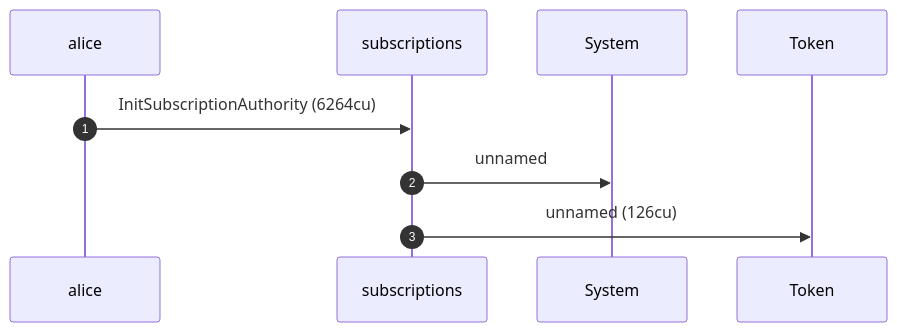
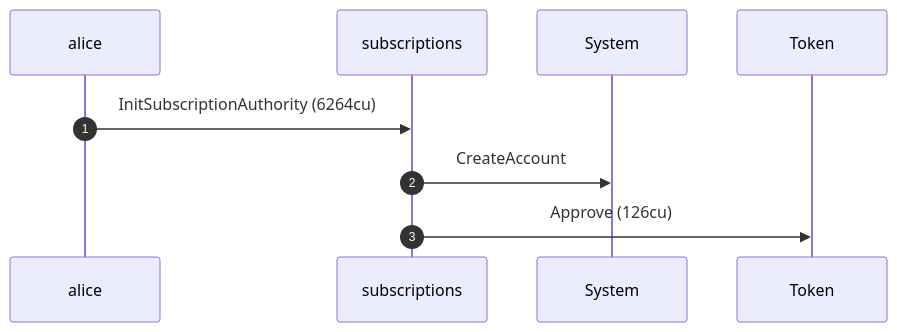
One commit to cds-rs/subscriptions changed the first of 8 diagrams in dsl_tests/close-returns-rent-to-the-sponsor.md. Above: the diagram before and after it, drawn with Mermaid. The commit also changed other lines of this file and 219 other files, not shown here.

````diff
--- a/dsl_tests/close-returns-rent-to-the-sponsor.md
+++ b/dsl_tests/close-returns-rent-to-the-sponsor.md
@@ -23,11 +23,11 @@
 ```mermaid
 sequenceDiagram
     autonumber
     participant alice
     participant subscriptions
     participant System
     participant Token
     alice ->> subscriptions: InitSubscriptionAuthority (6264cu)
-    subscriptions ->> System: unnamed
-    subscriptions ->> Token: unnamed (126cu)
+    subscriptions ->> System: CreateAccount
+    subscriptions ->> Token: Approve (126cu)
 ```
````
